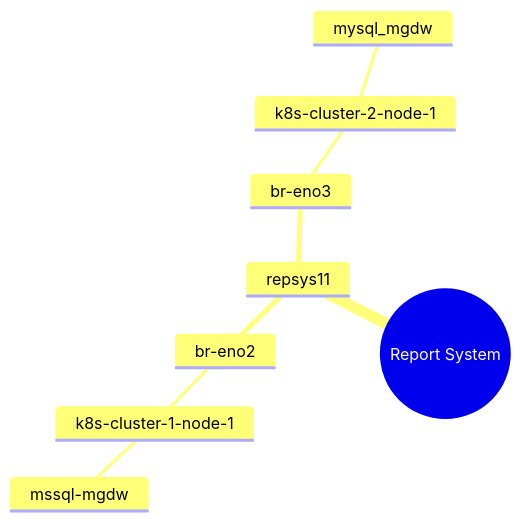
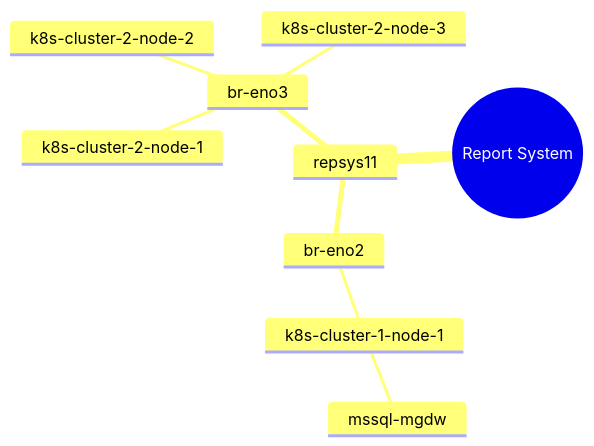
Before and after one commit to brentgroves/repsys: the diagram in development/report_system/report_system_redundant_k8s_clusters.md, drawn with Mermaid. The commit also changed 9 other files, not shown here.

````diff
--- a/development/report_system/report_system_redundant_k8s_clusters.md
+++ b/development/report_system/report_system_redundant_k8s_clusters.md
@@ -7,12 +7,13 @@
 ```mermaid
 mindmap
   root((Report System))
     repsys11
       br-eno2
         k8s-cluster-1-node-1
           mssql-mgdw
       br-eno3
         k8s-cluster-2-node-1
-          mysql_mgdw
+        k8s-cluster-2-node-2
+        k8s-cluster-2-node-3
 
 ```
````
